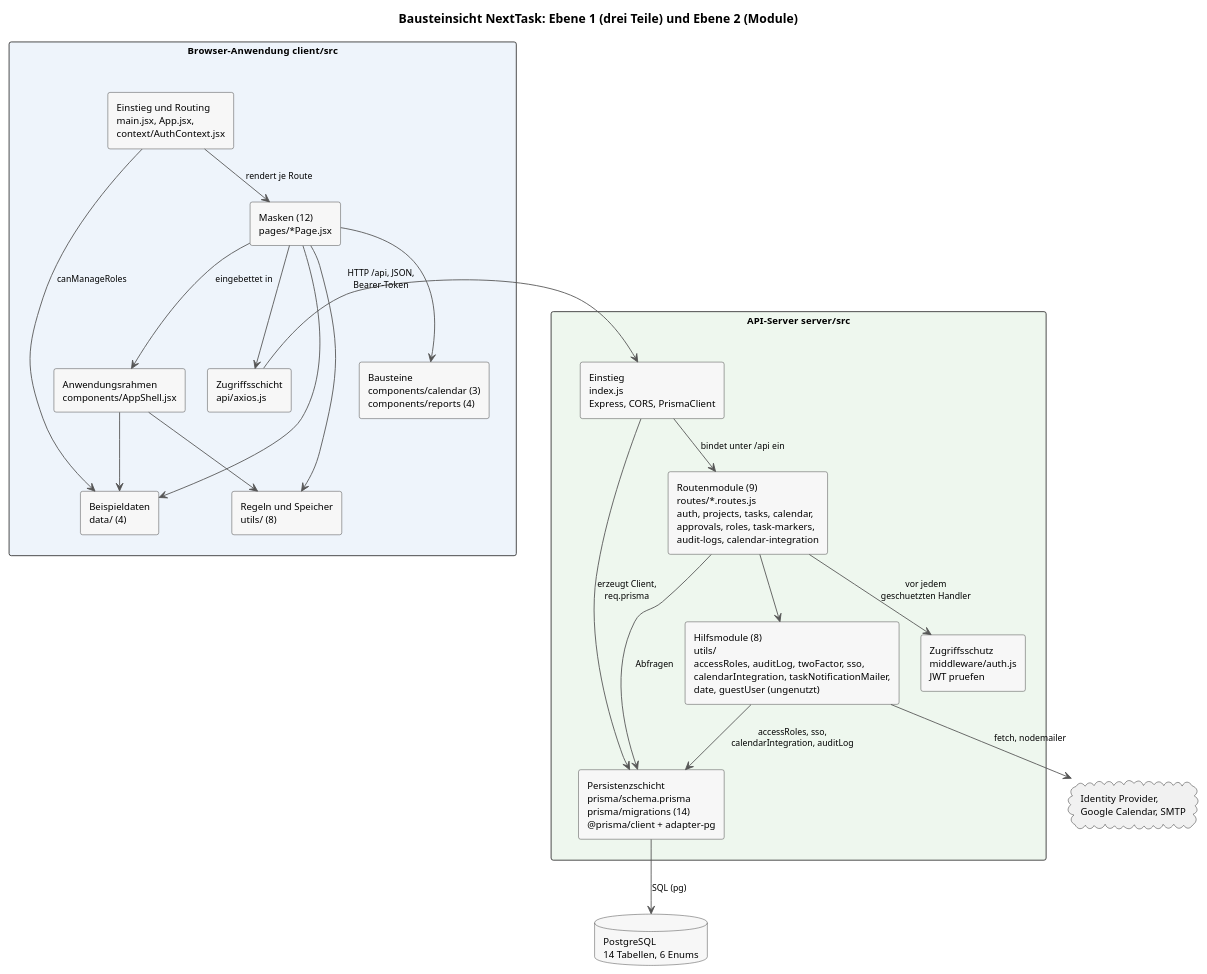
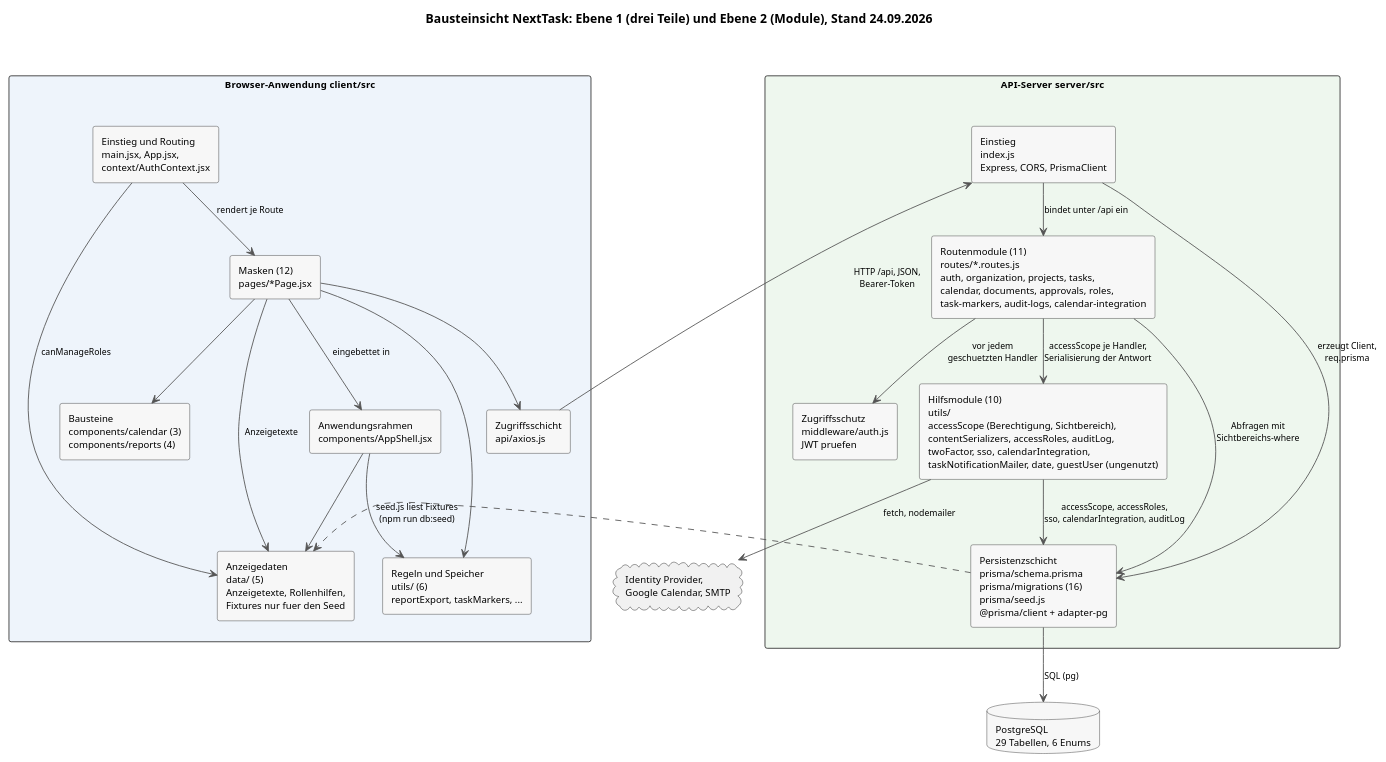
One commit to Jonas-Aaron-Raab/NextTask changed the diagram in docs/arch/diagrams/a05-bausteine.plantuml. Above: the diagram before and after it, drawn with PlantUML. The commit also changed 15 other files, not shown here.

First line of the commit message:
docs(arch): align architecture documentation with code state of 24 September

```diff
--- a/docs/arch/diagrams/a05-bausteine.plantuml
+++ b/docs/arch/diagrams/a05-bausteine.plantuml
@@ -1,66 +1,67 @@
 @startuml a05-bausteine
 skinparam shadowing false
 skinparam defaultFontName Helvetica
 skinparam defaultFontSize 11
 skinparam ArrowColor #555555
 skinparam ArrowFontSize 10
 skinparam packageStyle rectangle
 skinparam rectangle {
   BackgroundColor #F7F7F7
   BorderColor #333333
 }
 skinparam database {
   BackgroundColor #F7F7F7
   BorderColor #333333
 }
 skinparam nodesep 25
 skinparam ranksep 45
 
-title Bausteinsicht NextTask: Ebene 1 (drei Teile) und Ebene 2 (Module)
+title Bausteinsicht NextTask: Ebene 1 (drei Teile) und Ebene 2 (Module), Stand 24.09.2026
 
 package "Browser-Anwendung  client/src" as CLIENT #EEF4FB {
   rectangle "Einstieg und Routing\nmain.jsx, App.jsx,\ncontext/AuthContext.jsx" as C_APP
   rectangle "Anwendungsrahmen\ncomponents/AppShell.jsx" as C_SHELL
   rectangle "Masken (12)\npages/*Page.jsx" as C_PAGES
   rectangle "Bausteine\ncomponents/calendar (3)\ncomponents/reports (4)" as C_COMP
   rectangle "Zugriffsschicht\napi/axios.js" as C_API
-  rectangle "Regeln und Speicher\nutils/ (8)" as C_UTILS
-  rectangle "Beispieldaten\ndata/ (4)" as C_DATA
+  rectangle "Regeln und Speicher\nutils/ (6)\nreportExport, taskMarkers, ..." as C_UTILS
+  rectangle "Anzeigedaten\ndata/ (5)\nAnzeigetexte, Rollenhilfen,\nFixtures nur fuer den Seed" as C_DATA
 
   C_APP --> C_PAGES : rendert je Route
   C_PAGES --> C_SHELL : eingebettet in
   C_PAGES --> C_COMP
   C_PAGES --> C_API
   C_PAGES --> C_UTILS
-  C_PAGES --> C_DATA
+  C_PAGES --> C_DATA : Anzeigetexte
   C_SHELL --> C_UTILS
   C_SHELL --> C_DATA
   C_APP --> C_DATA : canManageRoles
 }
 
 package "API-Server  server/src" as SERVER #EEF7EE {
   rectangle "Einstieg\nindex.js\nExpress, CORS, PrismaClient" as S_IDX
   rectangle "Zugriffsschutz\nmiddleware/auth.js\nJWT pruefen" as S_AUTH
-  rectangle "Routenmodule (9)\nroutes/*.routes.js\nauth, projects, tasks, calendar,\napprovals, roles, task-markers,\naudit-logs, calendar-integration" as S_ROUTES
-  rectangle "Hilfsmodule (8)\nutils/\naccessRoles, auditLog, twoFactor, sso,\ncalendarIntegration, taskNotificationMailer,\ndate, guestUser (ungenutzt)" as S_UTILS
-  rectangle "Persistenzschicht\nprisma/schema.prisma\nprisma/migrations (14)\n@prisma/client + adapter-pg" as S_PRISMA
+  rectangle "Routenmodule (11)\nroutes/*.routes.js\nauth, organization, projects, tasks,\ncalendar, documents, approvals, roles,\ntask-markers, audit-logs, calendar-integration" as S_ROUTES
+  rectangle "Hilfsmodule (10)\nutils/\naccessScope (Berechtigung, Sichtbereich),\ncontentSerializers, accessRoles, auditLog,\ntwoFactor, sso, calendarIntegration,\ntaskNotificationMailer, date, guestUser (ungenutzt)" as S_UTILS
+  rectangle "Persistenzschicht\nprisma/schema.prisma\nprisma/migrations (16)\nprisma/seed.js\n@prisma/client + adapter-pg" as S_PRISMA
 
   S_IDX --> S_ROUTES : bindet unter /api ein
   S_IDX --> S_PRISMA : erzeugt Client,\nreq.prisma
   S_ROUTES --> S_AUTH : vor jedem\ngeschuetzten Handler
-  S_ROUTES --> S_UTILS
-  S_ROUTES --> S_PRISMA : Abfragen
-  S_UTILS --> S_PRISMA : accessRoles, sso,\ncalendarIntegration, auditLog
+  S_ROUTES --> S_UTILS : accessScope je Handler,\nSerialisierung der Antwort
+  S_ROUTES --> S_PRISMA : Abfragen mit\nSichtbereichs-where
+  S_UTILS --> S_PRISMA : accessScope, accessRoles,\nsso, calendarIntegration, auditLog
 }
 
-database "PostgreSQL\n14 Tabellen, 6 Enums" as DB
+database "PostgreSQL\n29 Tabellen, 6 Enums" as DB
 
 C_API -right-> S_IDX : HTTP /api, JSON,\nBearer-Token
 S_PRISMA --> DB : SQL (pg)
+S_PRISMA ..> C_DATA : seed.js liest Fixtures\n(npm run db:seed)
 
 ' Nachbarsysteme nur angedeutet; Vertraege in Kapitel 3
 cloud "Identity Provider,\nGoogle Calendar, SMTP" as EXT
 S_UTILS --> EXT : fetch, nodemailer
 
 CLIENT -[hidden]right- SERVER
 @enduml
```
